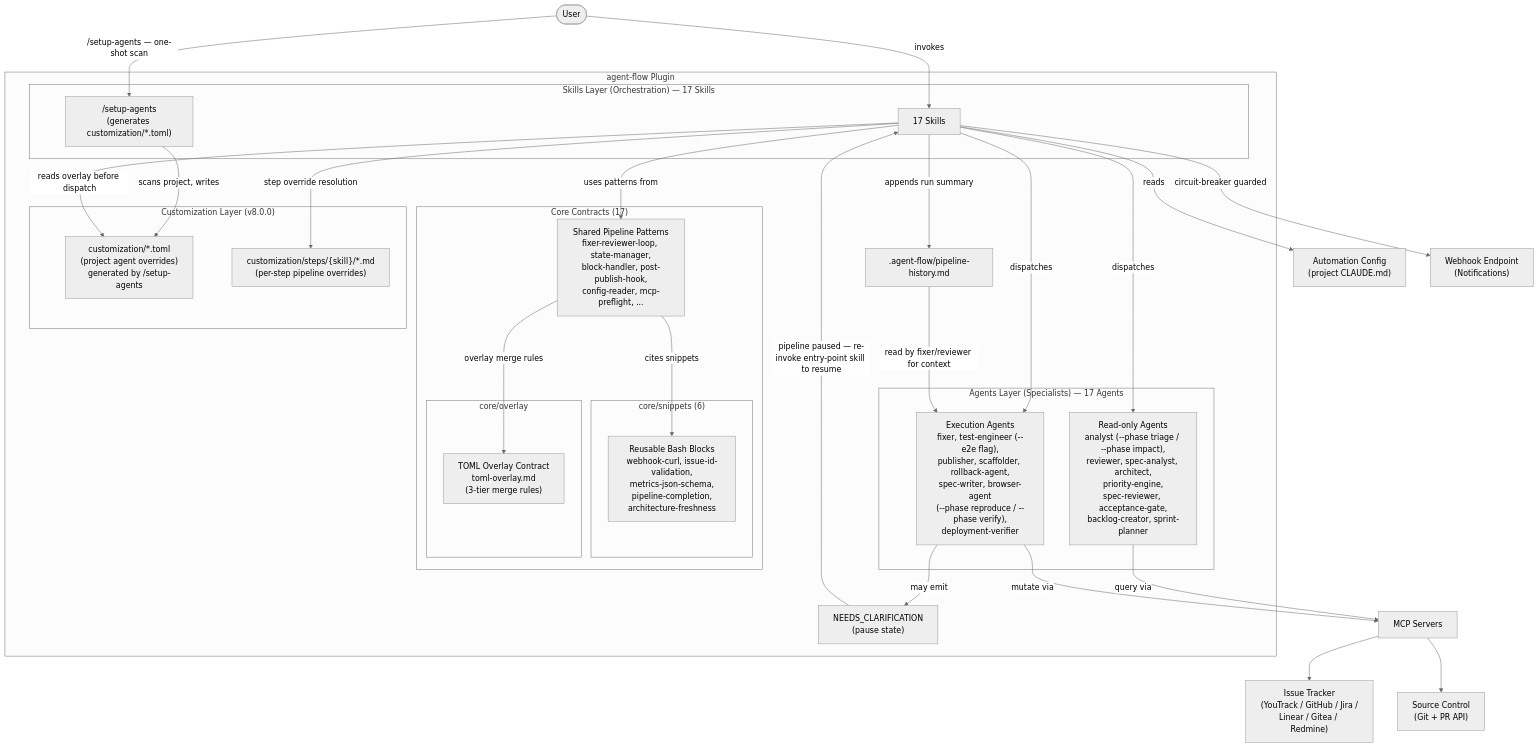
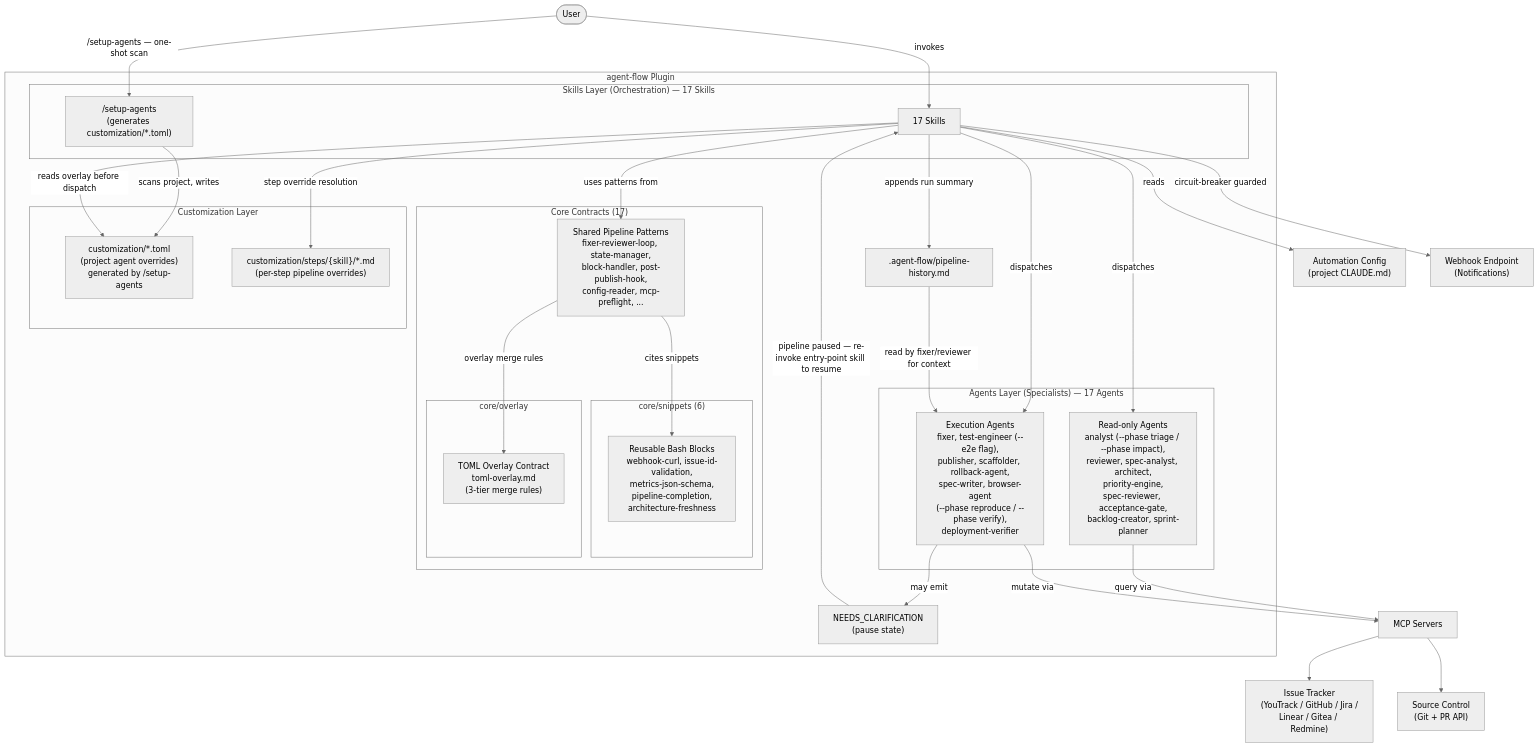
The first of 5 diagrams in docs/architecture.md (jakubsenk/agent-flow), drawn with Mermaid (neutral theme) before and after one commit. The commit also changed other lines of this file and 183 other files, not shown here.

````diff
--- a/docs/architecture.md
+++ b/docs/architecture.md
@@ -23,57 +23,57 @@
 ```mermaid
 graph TD
     User([User])
 
     subgraph "agent-flow Plugin"
         subgraph "Skills Layer (Orchestration) — 17 Skills"
             SKL[17 Skills]
             SETUP_AGT["/setup-agents<br/>(generates customization/*.toml)"]
         end
         subgraph "Agents Layer (Specialists) — 17 Agents"
             READ_AGENTS["Read-only Agents<br/>analyst (--phase triage / --phase impact),<br/>reviewer, spec-analyst, architect,<br/>priority-engine,<br/>spec-reviewer, acceptance-gate,<br/>backlog-creator, sprint-planner"]
             EXEC_AGENTS["Execution Agents<br/>fixer, test-engineer (--e2e flag),<br/>publisher, scaffolder, rollback-agent,<br/>spec-writer, browser-agent<br/>(--phase reproduce / --phase verify),<br/>deployment-verifier"]
         end
         subgraph "Core Contracts (17)"
             CORE["Shared Pipeline Patterns<br/>fixer-reviewer-loop, state-manager,<br/>block-handler, post-publish-hook,<br/>config-reader, mcp-preflight, ..."]
             subgraph "core/snippets (6)"
                 SNIPPETS["Reusable Bash Blocks<br/>webhook-curl, issue-id-validation,<br/>metrics-json-schema,<br/>pipeline-completion,<br/>architecture-freshness"]
             end
             subgraph "core/overlay"
                 TOML_OVL["TOML Overlay Contract<br/>toml-overlay.md<br/>(3-tier merge rules)"]
             end
         end
-        subgraph "Customization Layer (v8.0.0)"
+        subgraph "Customization Layer"
             TOML["customization/*.toml<br/>(project agent overrides)<br/>generated by /setup-agents"]
             STEP_OVL["customization/steps/{skill}/*.md<br/>(per-step pipeline overrides)"]
         end
         PAUSE["NEEDS_CLARIFICATION<br/>(pause state)"]
         HIST[".agent-flow/pipeline-history.md"]
     end
 
     CONFIG["Automation Config<br/>(project CLAUDE.md)"]
     ISSUE_TRACKER["Issue Tracker<br/>(YouTrack / GitHub / Jira /<br/>Linear / Gitea / Redmine)"]
     SOURCE_CONTROL["Source Control<br/>(Git + PR API)"]
     MCP["MCP Servers"]
     WEBHOOK["Webhook Endpoint<br/>(Notifications)"]
 
     User -->|invokes| SKL
     User -->|"/setup-agents — one-shot scan"| SETUP_AGT
     SETUP_AGT -->|"scans project, writes"| TOML
     SKL -->|reads| CONFIG
     SKL -->|dispatches| READ_AGENTS
     SKL -->|dispatches| EXEC_AGENTS
     SKL -->|"reads overlay before dispatch"| TOML
     SKL -->|"step override resolution"| STEP_OVL
     SKL -->|uses patterns from| CORE
     CORE -->|cites snippets| SNIPPETS
     CORE -->|overlay merge rules| TOML_OVL
     READ_AGENTS -->|query via| MCP
     EXEC_AGENTS -->|mutate via| MCP
     MCP --> ISSUE_TRACKER
     MCP --> SOURCE_CONTROL
     EXEC_AGENTS -->|may emit| PAUSE
     PAUSE -->|pipeline paused — re-invoke entry-point skill to resume| SKL
     SKL -->|appends run summary| HIST
     HIST -->|read by fixer/reviewer for context| EXEC_AGENTS
     SKL -->|circuit-breaker guarded| WEBHOOK
 ```
````
